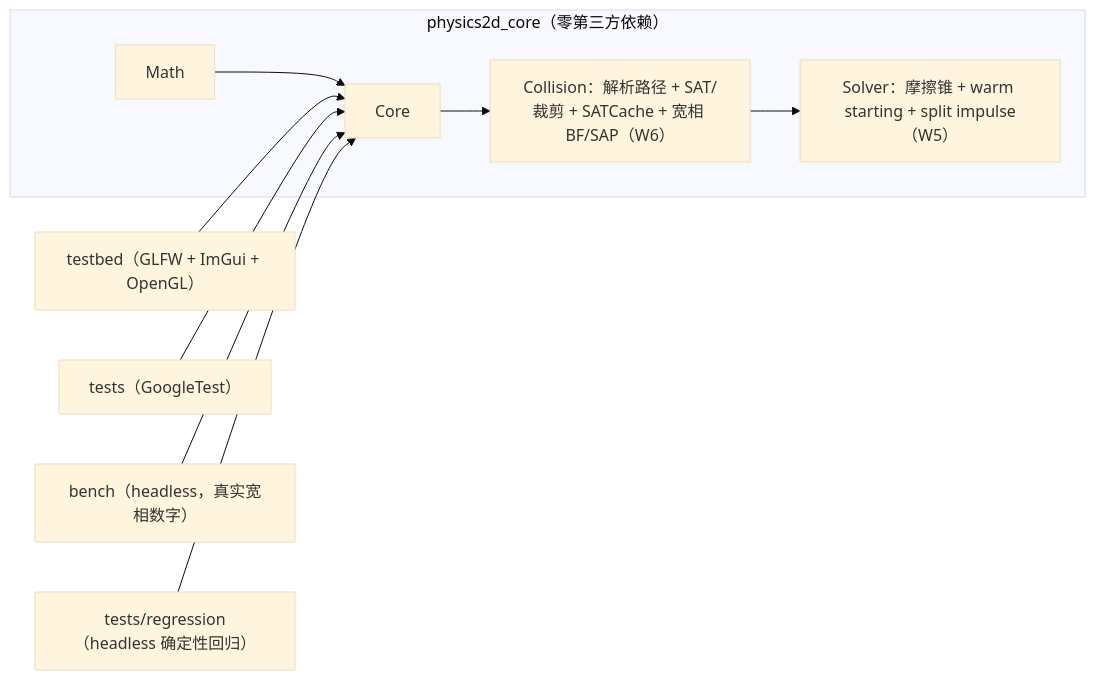
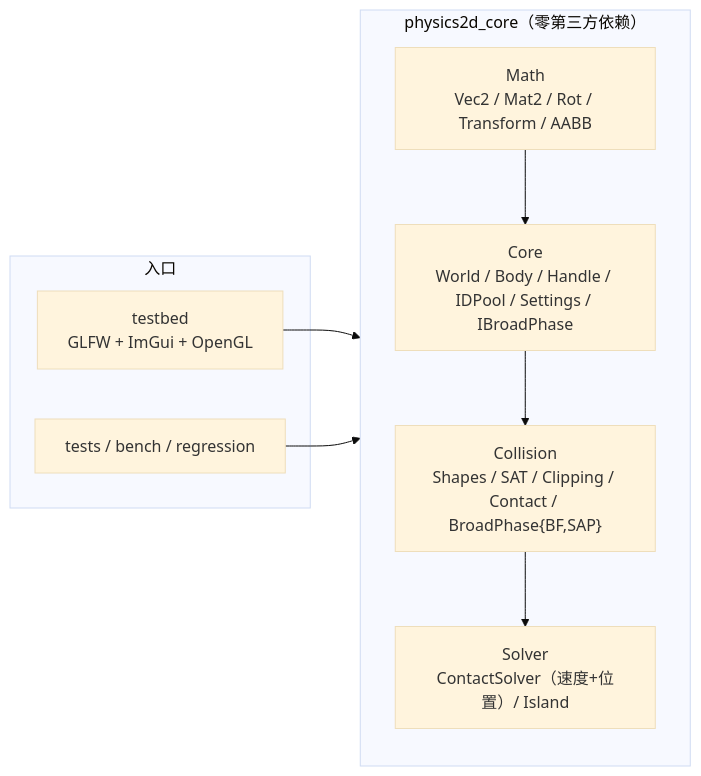
The diagram in README.md (baisctong/Physics2D), drawn with Mermaid (base theme) before and after one commit. The commit also changed other lines of this file and 9 other files, not shown here.

````diff
--- a/README.md
+++ b/README.md
@@ -88,12 +81,16 @@
 ```mermaid
 flowchart LR
-    subgraph L1["physics2d_core（零第三方依赖）"]
-        M["Math"] --> C["Core"]
-        C --> Col["Collision：解析路径 + SAT/裁剪 + SATCache + 宽相 BF/SAP（W6）"]
-        Col --> S["Solver：摩擦锥 + warm starting + split impulse（W5）"]
+    subgraph ENTRY["入口"]
+        TB["testbed<br/>GLFW + ImGui + OpenGL"]
+        T["tests / bench / regression"]
     end
-    TB["testbed（GLFW + ImGui + OpenGL）"] --> C
-    T["tests（GoogleTest）"] --> C
-    B["bench（headless，真实宽相数字）"] --> C
-    R["tests/regression（headless 确定性回归）"] --> C
+    subgraph CORE["physics2d_core（零第三方依赖）"]
+        M["Math<br/>Vec2 / Mat2 / Rot / Transform / AABB"]
+        C["Core<br/>World / Body / Handle / IDPool / Settings / IBroadPhase"]
+        COL["Collision<br/>Shapes / SAT / Clipping / Contact / BroadPhase{BF,SAP}"]
+        S["Solver<br/>ContactSolver（速度+位置）/ Island"]
+        M --> C --> COL --> S
+    end
+    TB --> CORE
+    T --> CORE
 ```
````
